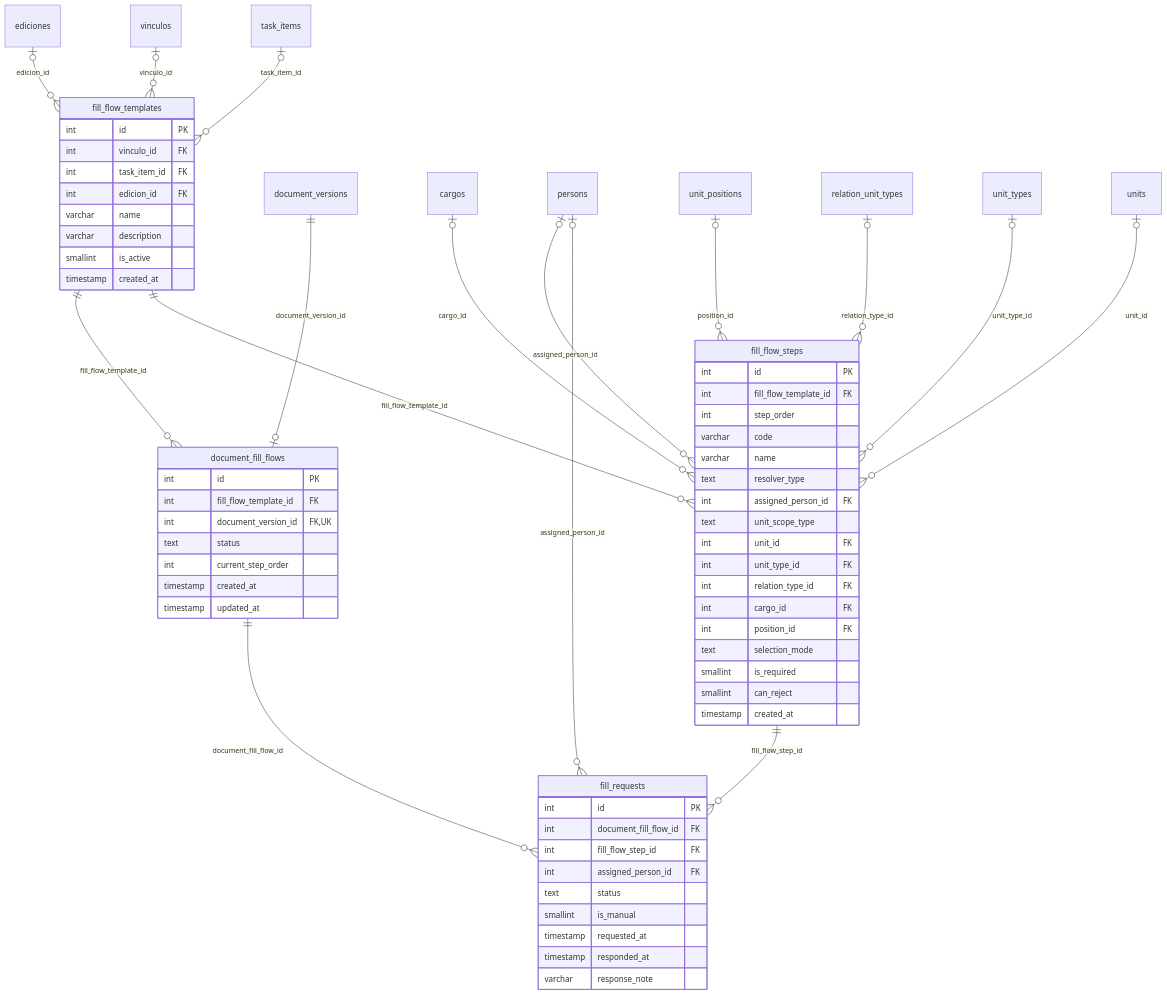
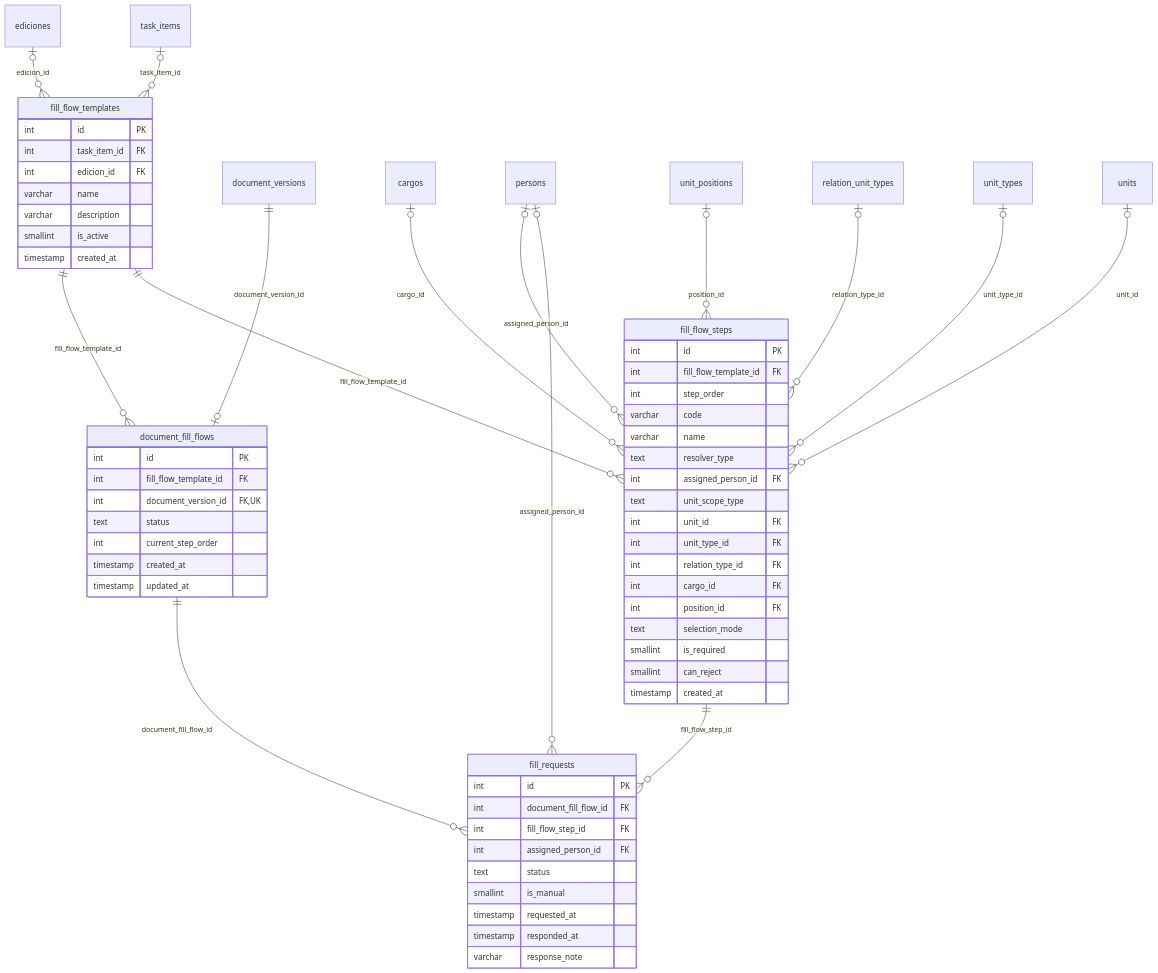
The seventh of 10 diagrams in docs/src/content/docs/modelo/mapa-con-campos.md (fresvel/deasy), drawn with Mermaid before and after one commit. The commit also changed other lines of this file and 41 other files, not shown here.

````diff
--- a/docs/src/content/docs/modelo/mapa-con-campos.md
+++ b/docs/src/content/docs/modelo/mapa-con-campos.md
@@ -475,68 +475,66 @@
 ```mermaid
 erDiagram
   %% generado por scripts/docs/gen-mapa-campos.mjs: no se edita a mano
   fill_flow_templates {
     int id PK
-    int vinculo_id FK
     int task_item_id FK
     int edicion_id FK
     varchar name
     varchar description
     smallint is_active
     timestamp created_at
   }
   fill_flow_steps {
     int id PK
     int fill_flow_template_id FK
     int step_order
     varchar code
     varchar name
     text resolver_type
     int assigned_person_id FK
     text unit_scope_type
     int unit_id FK
     int unit_type_id FK
     int relation_type_id FK
     int cargo_id FK
     int position_id FK
     text selection_mode
     smallint is_required
     smallint can_reject
     timestamp created_at
   }
   document_fill_flows {
     int id PK
     int fill_flow_template_id FK
     int document_version_id FK, UK
     text status
     int current_step_order
     timestamp created_at
     timestamp updated_at
   }
   fill_requests {
     int id PK
     int document_fill_flow_id FK
     int fill_flow_step_id FK
     int assigned_person_id FK
     text status
     smallint is_manual
     timestamp requested_at
     timestamp responded_at
     varchar response_note
   }
   document_versions ||--o| document_fill_flows : "document_version_id"
   fill_flow_templates ||--o{ document_fill_flows : "fill_flow_template_id"
   cargos |o--o{ fill_flow_steps : "cargo_id"
   persons |o--o{ fill_flow_steps : "assigned_person_id"
   unit_positions |o--o{ fill_flow_steps : "position_id"
   relation_unit_types |o--o{ fill_flow_steps : "relation_type_id"
   fill_flow_templates ||--o{ fill_flow_steps : "fill_flow_template_id"
   unit_types |o--o{ fill_flow_steps : "unit_type_id"
   units |o--o{ fill_flow_steps : "unit_id"
   ediciones |o--o{ fill_flow_templates : "edicion_id"
-  vinculos |o--o{ fill_flow_templates : "vinculo_id"
   task_items |o--o{ fill_flow_templates : "task_item_id"
   document_fill_flows ||--o{ fill_requests : "document_fill_flow_id"
   persons |o--o{ fill_requests : "assigned_person_id"
   fill_flow_steps ||--o{ fill_requests : "fill_flow_step_id"
 ```
````
